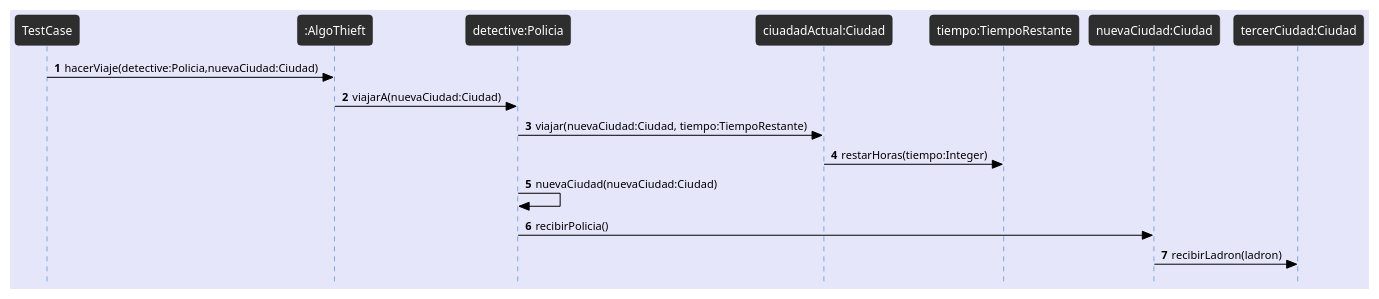
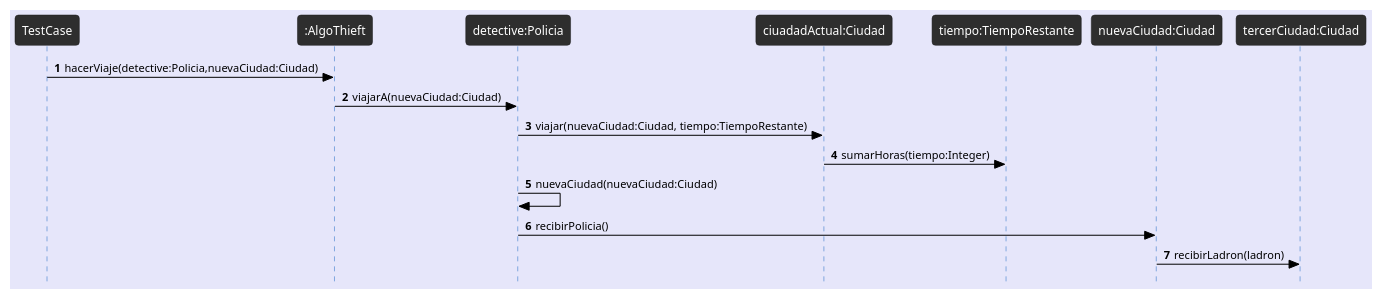
Before and after one commit to avilagaston9/algo3_tp2: the diagram in docs/Diagramas/Secuencia/caso1-3.plantuml, drawn with PlantUML. The commit also changed 7 other files, not shown here.

```diff
--- a/docs/Diagramas/Secuencia/caso1-3.plantuml
+++ b/docs/Diagramas/Secuencia/caso1-3.plantuml
@@ -1,26 +1,26 @@
 @startuml Detective viaja de Montreal a Mexico
 !theme reddress-darkblue
 autonumber
 skinparam style strictuml
 skinparam BackGroundColor lavender
 skinparam RoundCorner 7
 skinparam SequenceGroupFontColor black
 skinparam SequenceGroupBorderColor black
 skinparam SequenceGroupBorderThickness 0.5
 skinparam ArrowFontColor black
 skinparam ArrowColor black
 skinparam ActorFontColor black
 skinparam participantFontSize 12
 skinparam SequenceLifeLineBackGroundColor 2e2e2e
 
 TestCase -> ":AlgoThieft" as juego: hacerViaje(detective:Policia,nuevaCiudad:Ciudad)
 juego -> "detective:Policia" as detective: viajarA(nuevaCiudad:Ciudad)
 detective -> "ciuadadActual:Ciudad" as ciudadActual: viajar(nuevaCiudad:Ciudad, tiempo:TiempoRestante)
 
-ciudadActual -> "tiempo:TiempoRestante" as tiempo: restarHoras(tiempo:Integer)
+ciudadActual -> "tiempo:TiempoRestante" as tiempo: sumarHoras(tiempo:Integer)
 detective -> detective: nuevaCiudad(nuevaCiudad:Ciudad)
 
 detective -> "nuevaCiudad:Ciudad" as nuevaCiudad: recibirPolicia()
 nuevaCiudad -> "tercerCiudad:Ciudad" : recibirLadron(ladron)
 
 @enduml
```
